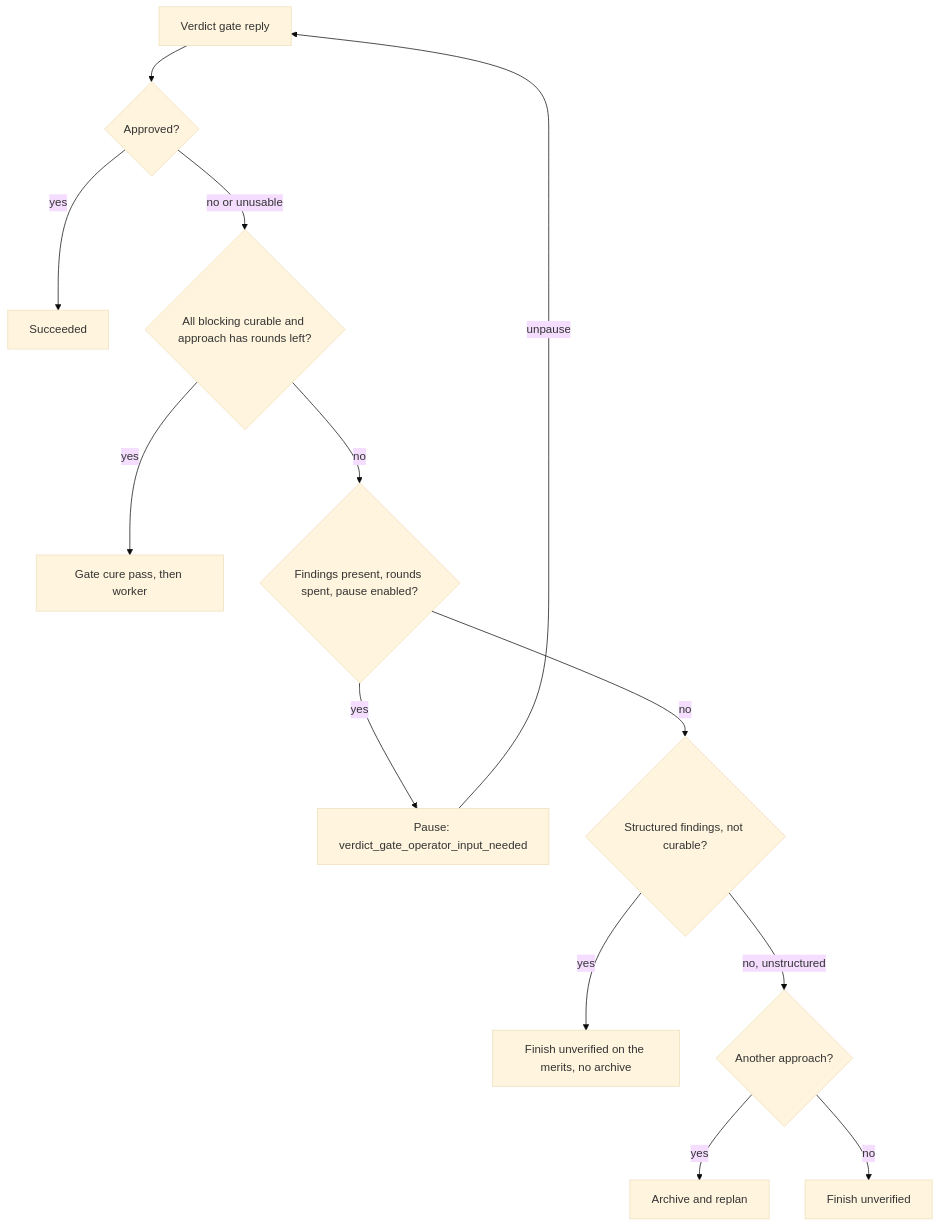
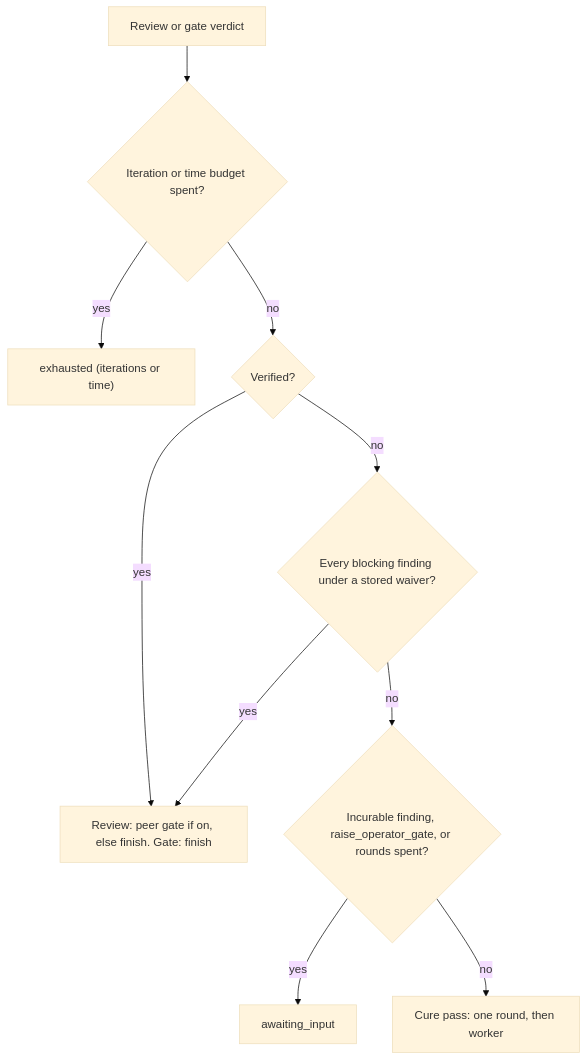
Before and after one commit to n-orlov/ralphd: the sixth of 10 diagrams in docs/solution-tech-spec.md, drawn with Mermaid (base theme). The commit also changed other lines of this file and 27 other files, not shown here.

````diff
--- a/docs/solution-tech-spec.md
+++ b/docs/solution-tech-spec.md
@@ -852,15 +853,12 @@
 ```mermaid
 flowchart TD
-    Gate["Verdict gate reply"] --> Approved{"Approved?"}
-    Approved -->|yes| Success["Succeeded"]
-    Approved -->|no or unusable| CurableG{"All blocking curable and approach has rounds left?"}
-    CurableG -->|yes| CureG["Gate cure pass, then worker"]
-    CurableG -->|no| Spent{"Findings present, rounds spent, pause enabled?"}
-    Spent -->|yes| PauseG["Pause: verdict_gate_operator_input_needed"]
-    PauseG -->|unpause| Gate
-    Spent -->|no| Merits{"Structured findings, not curable?"}
-    Merits -->|yes| FailG["Finish unverified on the merits, no archive"]
-    Merits -->|no, unstructured| Archive{"Another approach?"}
-    Archive -->|yes| Replan["Archive and replan"]
-    Archive -->|no| FailG2["Finish unverified"]
+    Verdict["Review or gate verdict"] --> Budget{"Iteration or time budget spent?"}
+    Budget -->|yes| Exhausted["exhausted (iterations or time)"]
+    Budget -->|no| Verified{"Verified?"}
+    Verified -->|yes| Next["Review: peer gate if on, else finish. Gate: finish"]
+    Verified -->|no| Waived{"Every blocking finding under a stored waiver?"}
+    Waived -->|yes| Next
+    Waived -->|no| Park{"Incurable finding, raise_operator_gate, or rounds spent?"}
+    Park -->|yes| Input["awaiting_input"]
+    Park -->|no| Cure["Cure pass: one round, then worker"]
 ```
````
